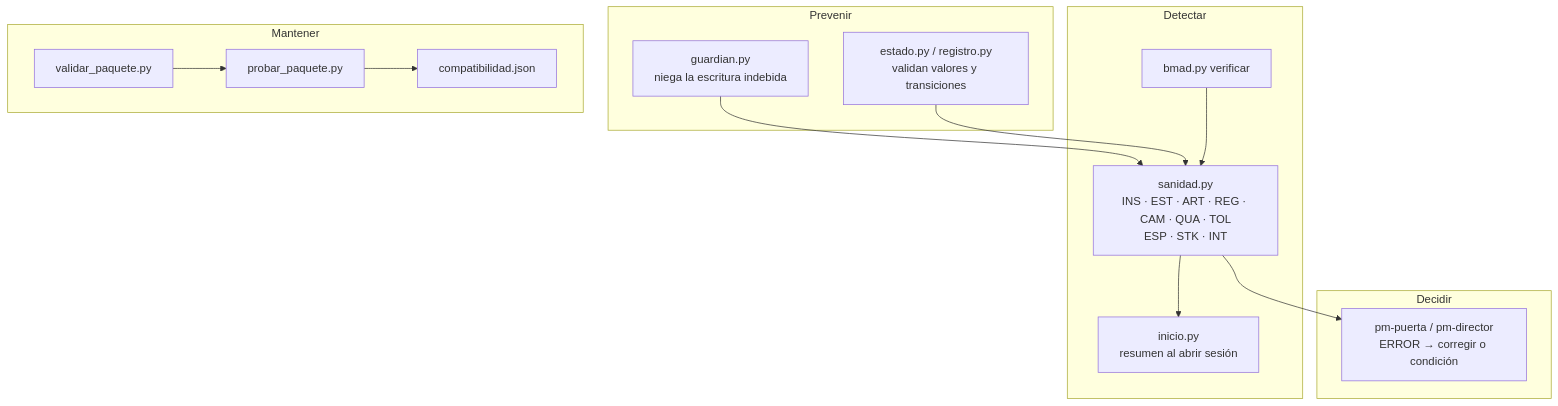
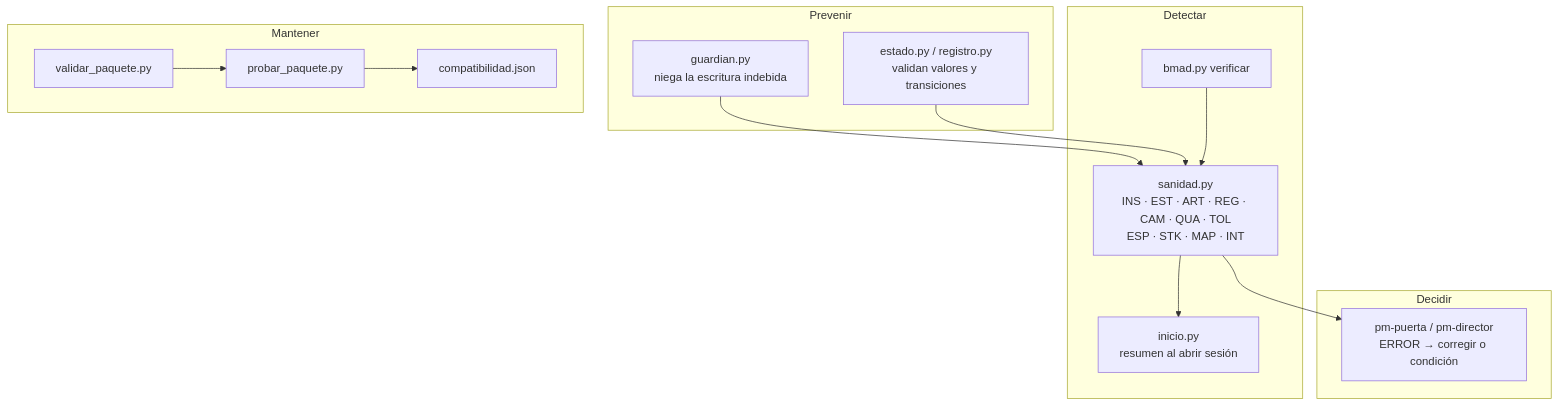
The diagram in docs/SANIDAD.md (Arturo-Penas-Rial/pm-method), drawn with Mermaid before and after one commit. The commit also changed other lines of this file and 274 other files, not shown here.

````diff
--- a/docs/SANIDAD.md
+++ b/docs/SANIDAD.md
@@ -21,26 +22,26 @@
 ```mermaid
 flowchart TB
   subgraph Prevenir
     G[guardian.py<br/>niega la escritura indebida]
     S[estado.py / registro.py<br/>validan valores y transiciones]
   end
   subgraph Detectar
-    SA[sanidad.py<br/>INS · EST · ART · REG · CAM · QUA · TOL<br/>ESP · STK · INT]
+    SA[sanidad.py<br/>INS · EST · ART · REG · CAM · QUA · TOL<br/>ESP · STK · MAP · INT]
     V[bmad.py verificar]
     I[inicio.py<br/>resumen al abrir sesión]
   end
   subgraph Decidir
     P[pm-puerta / pm-director<br/>ERROR → corregir o condición]
   end
   subgraph Mantener
     VP[validar_paquete.py]
     PP[probar_paquete.py]
     C[compatibilidad.json]
   end
   G --> SA
   S --> SA
   V --> SA
   SA --> I
   SA --> P
   VP --> PP --> C
 ```
````
